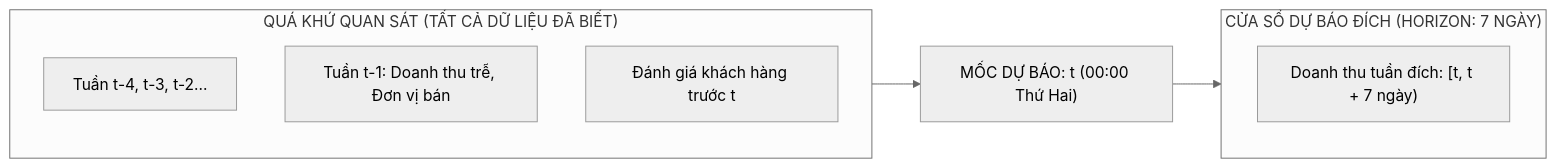
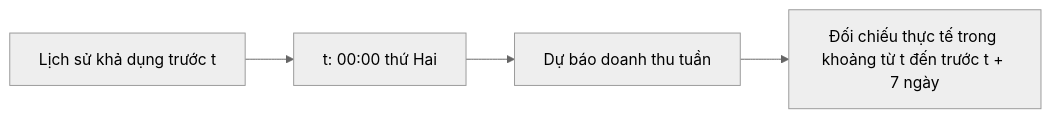
The first of 2 diagrams in docs/algorithms/design.md (iamtien77/sales_predictor), drawn with Mermaid (neutral theme) before and after one commit. The commit also changed other lines of this file, not shown here.

Commit message:
docs: rewrite ML design with 5W1H and target structure

````diff
--- a/docs/algorithms/design.md
+++ b/docs/algorithms/design.md
@@ -93,17 +92,6 @@
 ```mermaid
 flowchart LR
-    subgraph History ["QUÁ KHỨ QUAN SÁT (TẤT CẢ DỮ LIỆU ĐÃ BIẾT)"]
-        H1["Tuần t-4, t-3, t-2..."]
-        H2["Tuần t-1: Doanh thu trễ, Đơn vị bán"]
-        H3["Đánh giá khách hàng trước t"]
-    end
-    
-    Origin["MỐC DỰ BÁO: t (00:00 Thứ Hai)"]
-    
-    subgraph TargetWindow ["CỬA SỔ DỰ BÁO ĐÍCH (HORIZON: 7 NGÀY)"]
-        W1["Doanh thu tuần đích: [t, t + 7 ngày)"]
-    end
-
-    History --> Origin
-    Origin --> TargetWindow
+    H["Lịch sử khả dụng trước t"] --> O["t: 00:00 thứ Hai"]
+    O --> P["Dự báo doanh thu tuần"]
+    P --> Y["Đối chiếu thực tế trong khoảng từ t đến trước t + 7 ngày"]
 ```
````
